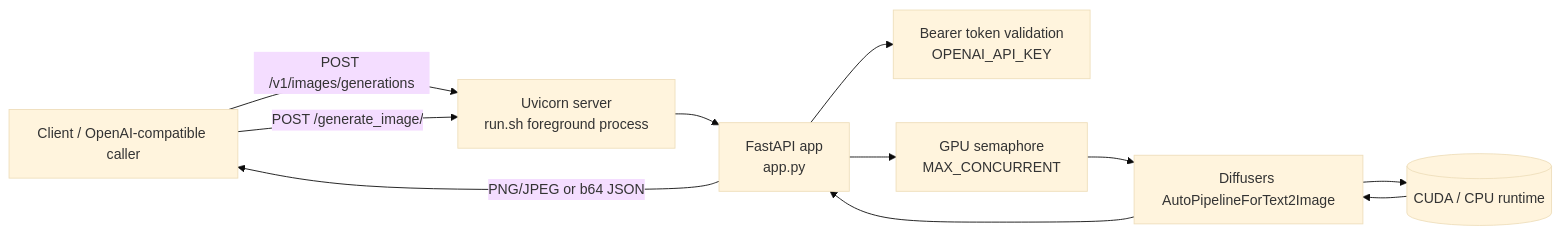
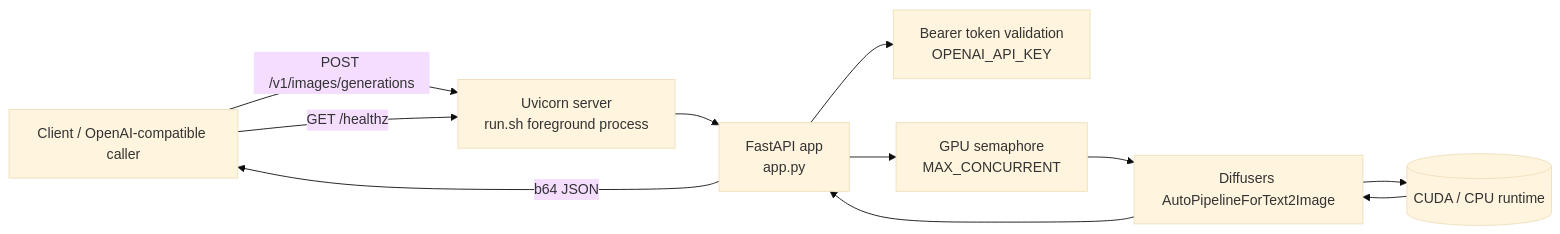
The diagram in ARCHITECTURE.md (ynotopec/api-txt2image), drawn with Mermaid (base theme) before and after one commit. The commit also changed other lines of this file and 7 other files, not shown here.

````diff
--- a/ARCHITECTURE.md
+++ b/ARCHITECTURE.md
@@ -3,21 +3,21 @@
 ```mermaid
 flowchart LR
     Client[Client / OpenAI-compatible caller]
     Uvicorn[Uvicorn server\nrun.sh foreground process]
     API[FastAPI app\napp.py]
     Auth[Bearer token validation\nOPENAI_API_KEY]
     Queue[GPU semaphore\nMAX_CONCURRENT]
     Pipeline[Diffusers AutoPipelineForText2Image]
     GPU[(CUDA / CPU runtime)]
 
     Client -->|POST /v1/images/generations| Uvicorn
-    Client -->|POST /generate_image/| Uvicorn
+    Client -->|GET /healthz| Uvicorn
     Uvicorn --> API
     API --> Auth
     API --> Queue
     Queue --> Pipeline
     Pipeline --> GPU
     GPU --> Pipeline
     Pipeline --> API
-    API -->|PNG/JPEG or b64 JSON| Client
+    API -->|b64 JSON| Client
 ```
````
